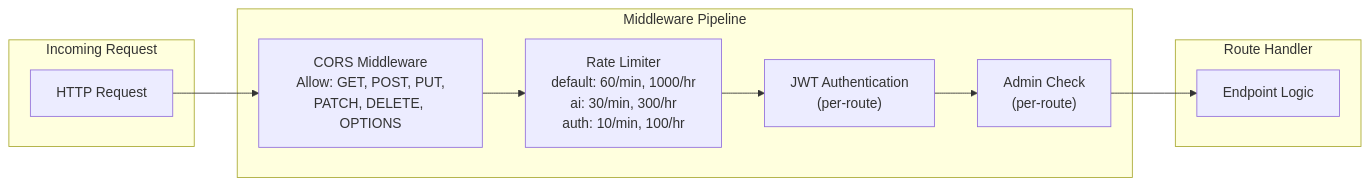
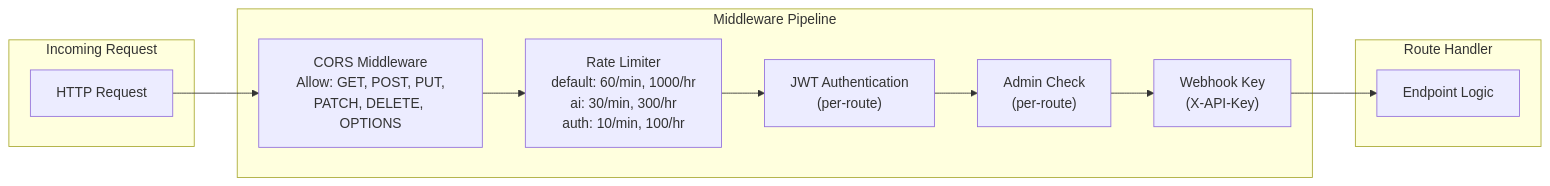
Diagram 12 of 33 in docs/architecture/system-architecture.md (Sungchunn/AI-Resume-Tailor), drawn with Mermaid before and after one commit. The commit also changed other lines of this file, not shown here.

First line of the commit message:
docs: update system architecture with webhook integration and schema corrections

````diff
--- a/docs/architecture/system-architecture.md
+++ b/docs/architecture/system-architecture.md
@@ -641,19 +653,20 @@
 ```mermaid
 flowchart LR
     subgraph Request["Incoming Request"]
         Req["HTTP Request"]
     end
 
     subgraph Middleware["Middleware Pipeline"]
         CORS["CORS Middleware<br/>Allow: GET, POST, PUT,<br/>PATCH, DELETE, OPTIONS"]
         RateLimit["Rate Limiter<br/>default: 60/min, 1000/hr<br/>ai: 30/min, 300/hr<br/>auth: 10/min, 100/hr"]
         JWTAuth["JWT Authentication<br/>(per-route)"]
         AdminCheck["Admin Check<br/>(per-route)"]
+        WebhookKey["Webhook Key<br/>(X-API-Key)"]
     end
 
     subgraph Handler["Route Handler"]
         Route["Endpoint Logic"]
     end
 
-    Req --> CORS --> RateLimit --> JWTAuth --> AdminCheck --> Route
+    Req --> CORS --> RateLimit --> JWTAuth --> AdminCheck --> WebhookKey --> Route
 ```
````
